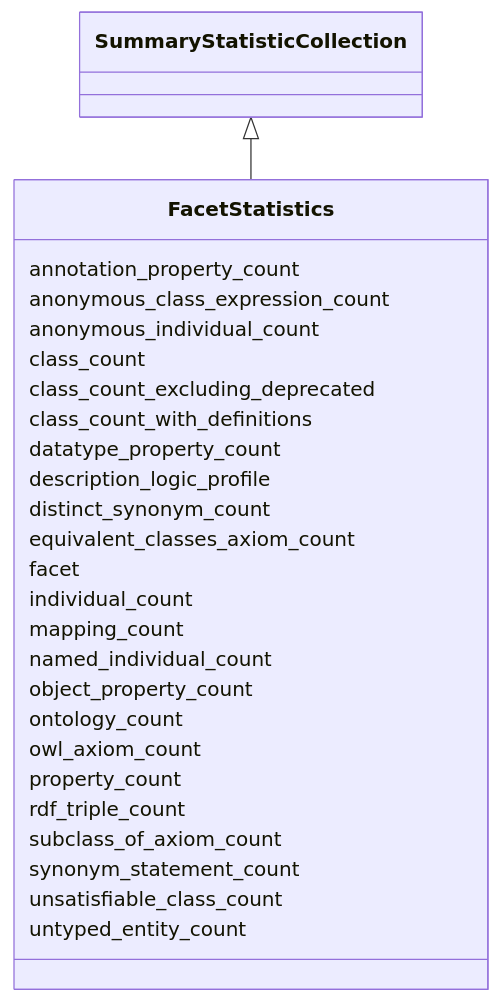
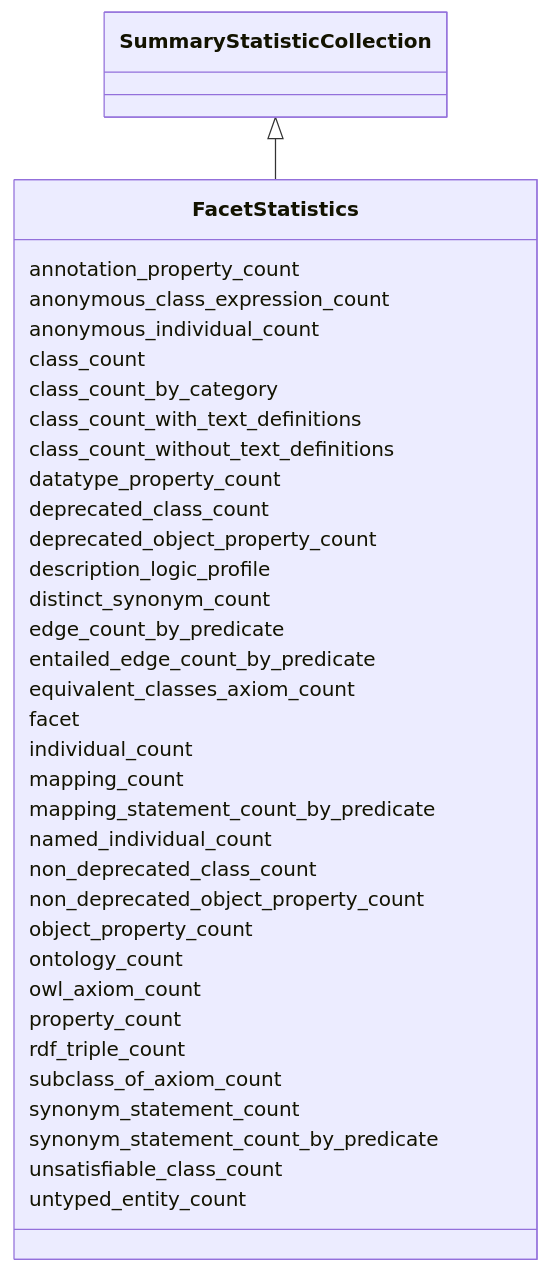
The diagram in summary-statistics/FacetStatistics.md (INCATools/ontology-access-kit), drawn with Mermaid before and after one commit. The commit also changed other lines of this file and 112 other files, not shown here.

````diff
--- a/summary-statistics/FacetStatistics.md
+++ b/summary-statistics/FacetStatistics.md
@@ -11,30 +11,39 @@
 ```{mermaid}
  classDiagram
     class FacetStatistics
       SummaryStatisticCollection <|-- FacetStatistics
       
       FacetStatistics : annotation_property_count
       FacetStatistics : anonymous_class_expression_count
       FacetStatistics : anonymous_individual_count
       FacetStatistics : class_count
-      FacetStatistics : class_count_excluding_deprecated
-      FacetStatistics : class_count_with_definitions
+      FacetStatistics : class_count_by_category
+      FacetStatistics : class_count_with_text_definitions
+      FacetStatistics : class_count_without_text_definitions
       FacetStatistics : datatype_property_count
+      FacetStatistics : deprecated_class_count
+      FacetStatistics : deprecated_object_property_count
       FacetStatistics : description_logic_profile
       FacetStatistics : distinct_synonym_count
+      FacetStatistics : edge_count_by_predicate
+      FacetStatistics : entailed_edge_count_by_predicate
       FacetStatistics : equivalent_classes_axiom_count
       FacetStatistics : facet
       FacetStatistics : individual_count
       FacetStatistics : mapping_count
+      FacetStatistics : mapping_statement_count_by_predicate
       FacetStatistics : named_individual_count
+      FacetStatistics : non_deprecated_class_count
+      FacetStatistics : non_deprecated_object_property_count
       FacetStatistics : object_property_count
       FacetStatistics : ontology_count
       FacetStatistics : owl_axiom_count
       FacetStatistics : property_count
       FacetStatistics : rdf_triple_count
       FacetStatistics : subclass_of_axiom_count
       FacetStatistics : synonym_statement_count
+      FacetStatistics : synonym_statement_count_by_predicate
       FacetStatistics : unsatisfiable_class_count
       FacetStatistics : untyped_entity_count
       
 ```
````
